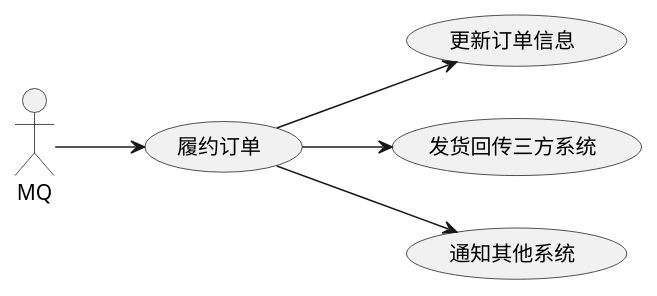
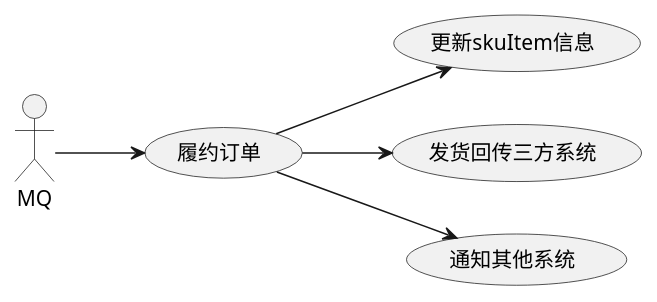
The diagram in ddd/use-case/订单履约.puml (3thinkthendoit/think-oms), drawn with PlantUML before and after one commit. The commit also changed 6 other files, not shown here.

Commit message:
doc:补充部分设计图 fix:调整类命名

```diff
--- a/ddd/use-case/订单履约.puml
+++ b/ddd/use-case/订单履约.puml
@@ -1,12 +1,12 @@
 @startuml
 'https://plantuml.com/use-case-diagram
 left to right direction
 
 (履约订单) as (FulfillOrder)
 
 MQ --> (FulfillOrder)
 
-FulfillOrder -->(更新订单信息)
+FulfillOrder -->(更新skuItem信息)
 FulfillOrder -->(发货回传三方系统)
 FulfillOrder -->(通知其他系统)
 @enduml
```
